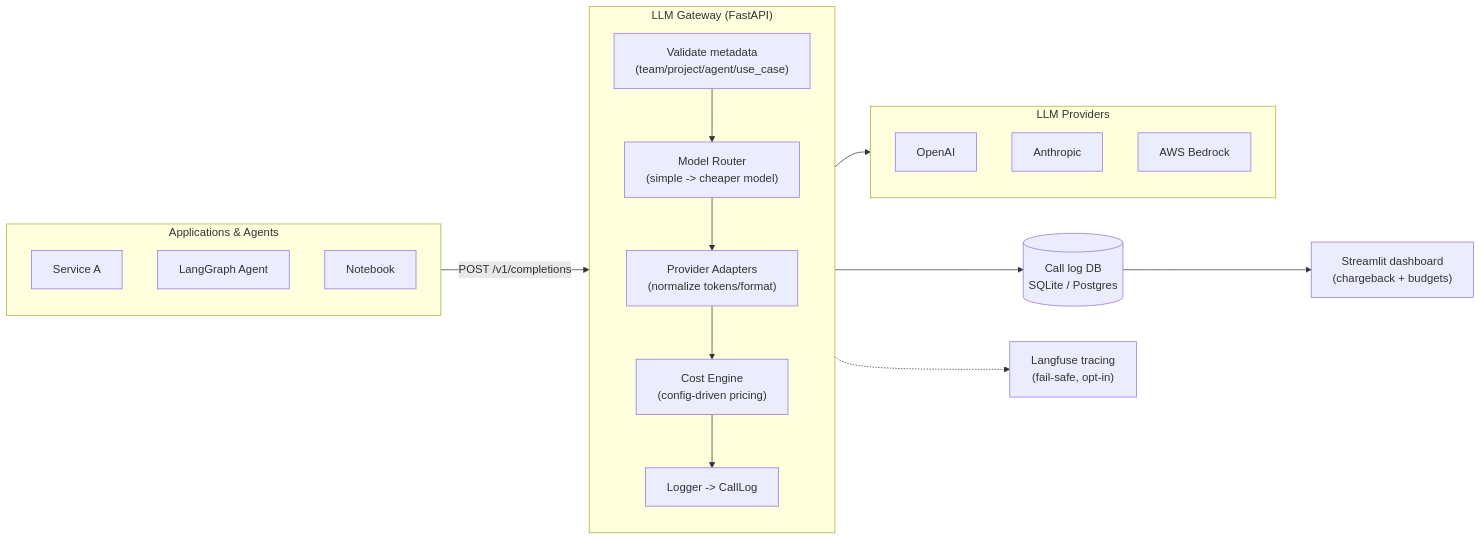
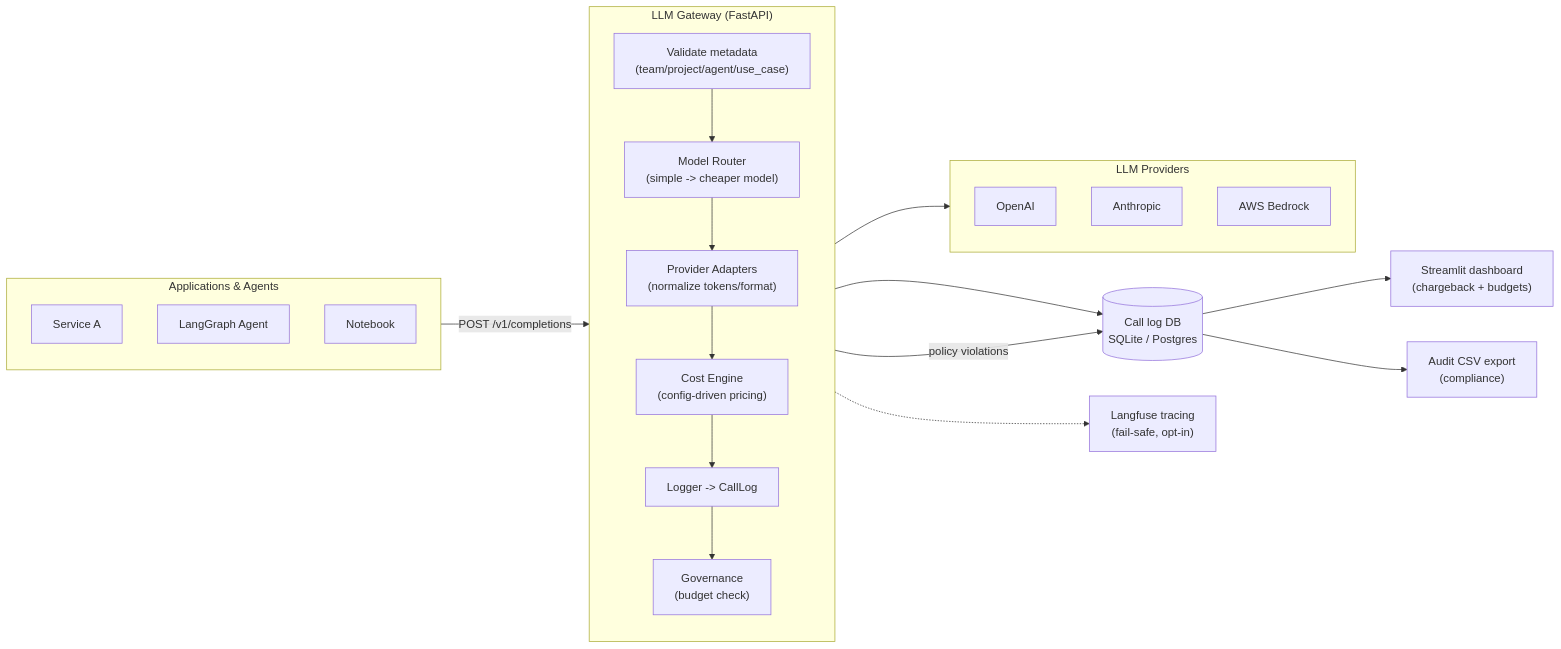
Before and after one commit to ravimishraggn/LLM-Cost-Governance-Attribution-Platform: the diagram in readme.md, drawn with Mermaid. The commit also changed other lines of this file and 12 other files, not shown here.

````diff
--- a/readme.md
+++ b/readme.md
@@ -28,34 +28,38 @@
 ```mermaid
 flowchart LR
     subgraph Apps["Applications & Agents"]
         A1[Service A]
         A2[LangGraph Agent]
         A3[Notebook]
     end
 
     subgraph GW["LLM Gateway (FastAPI)"]
         direction TB
         V["Validate metadata\n(team/project/agent/use_case)"]
         R["Model Router\n(simple -> cheaper model)"]
         AD["Provider Adapters\n(normalize tokens/format)"]
         C["Cost Engine\n(config-driven pricing)"]
         L["Logger -> CallLog"]
-        V --> R --> AD --> C --> L
+        G["Governance\n(budget check)"]
+        V --> R --> AD --> C --> L --> G
     end
 
     subgraph Providers["LLM Providers"]
         P1[OpenAI]
         P2[Anthropic]
         P3[AWS Bedrock]
     end
 
     DB[("Call log DB\nSQLite / Postgres")]
     LF["Langfuse tracing\n(fail-safe, opt-in)"]
     DASH["Streamlit dashboard\n(chargeback + budgets)"]
+    AUD["Audit CSV export\n(compliance)"]
 
     Apps -->|POST /v1/completions| GW
     AD --> Providers
     L --> DB
     L -.-> LF
+    G -->|policy violations| DB
     DB --> DASH
+    DB --> AUD
 ```
````
